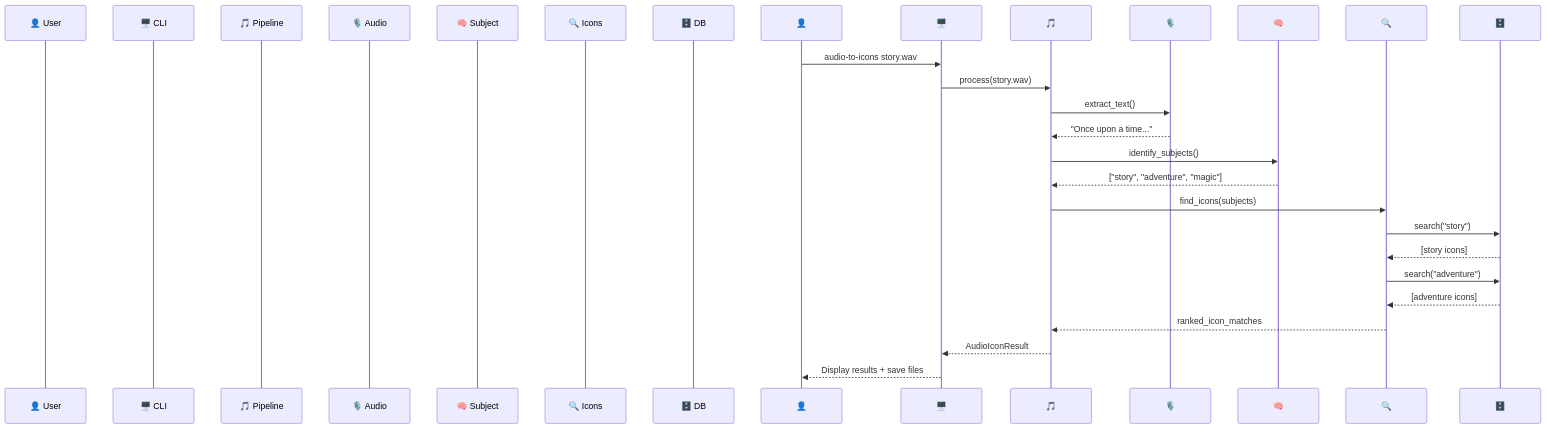
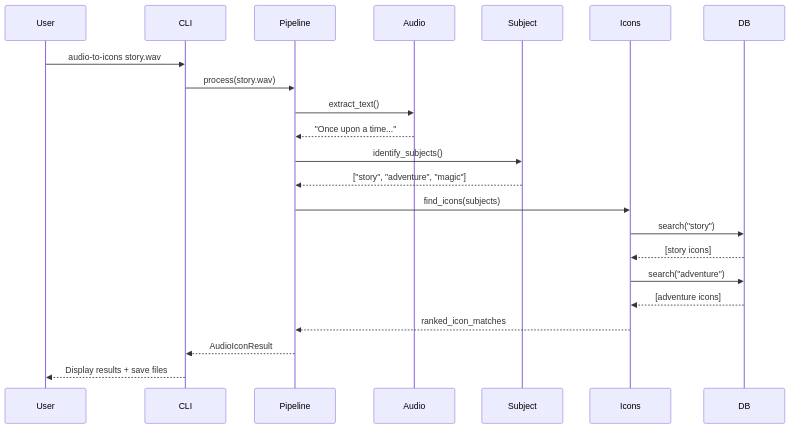
The third of 3 diagrams in docs/architecture.md (spryify/story-curator), drawn with Mermaid before and after one commit. The commit also changed other lines of this file, not shown here.

Commit message:
docs: Refine architecture documentation for clarity and consistency in component descriptions

````diff
--- a/docs/architecture.md
+++ b/docs/architecture.md
@@ -253,29 +244,29 @@
 ```mermaid
 sequenceDiagram
-    participant 👤 User
-    participant 🖥️ CLI
-    participant 🎵 Pipeline
-    participant 🎙️ Audio
-    participant 🧠 Subject
-    participant 🔍 Icons
-    participant 🗄️ DB
+    participant User
+    participant CLI
+    participant Pipeline
+    participant Audio
+    participant Subject
+    participant Icons
+    participant DB
     
-    👤->>🖥️: audio-to-icons story.wav
-    🖥️->>🎵: process(story.wav)
+    User->>CLI: audio-to-icons story.wav
+    CLI->>Pipeline: process(story.wav)
     
-    🎵->>🎙️: extract_text()
-    🎙️-->>🎵: "Once upon a time..."
+    Pipeline->>Audio: extract_text()
+    Audio-->>Pipeline: "Once upon a time..."
     
-    🎵->>🧠: identify_subjects()
-    🧠-->>🎵: ["story", "adventure", "magic"]
+    Pipeline->>Subject: identify_subjects()
+    Subject-->>Pipeline: ["story", "adventure", "magic"]
     
-    🎵->>🔍: find_icons(subjects)
-    🔍->>🗄️: search("story")
-    🗄️-->>🔍: [story icons]
-    🔍->>🗄️: search("adventure") 
-    🗄️-->>🔍: [adventure icons]
-    🔍-->>🎵: ranked_icon_matches
+    Pipeline->>Icons: find_icons(subjects)
+    Icons->>DB: search("story")
+    DB-->>Icons: [story icons]
+    Icons->>DB: search("adventure") 
+    DB-->>Icons: [adventure icons]
+    Icons-->>Pipeline: ranked_icon_matches
     
-    🎵-->>🖥️: AudioIconResult
-    🖥️-->>👤: Display results + save files
+    Pipeline-->>CLI: AudioIconResult
+    CLI-->>User: Display results + save files
 ```
````
